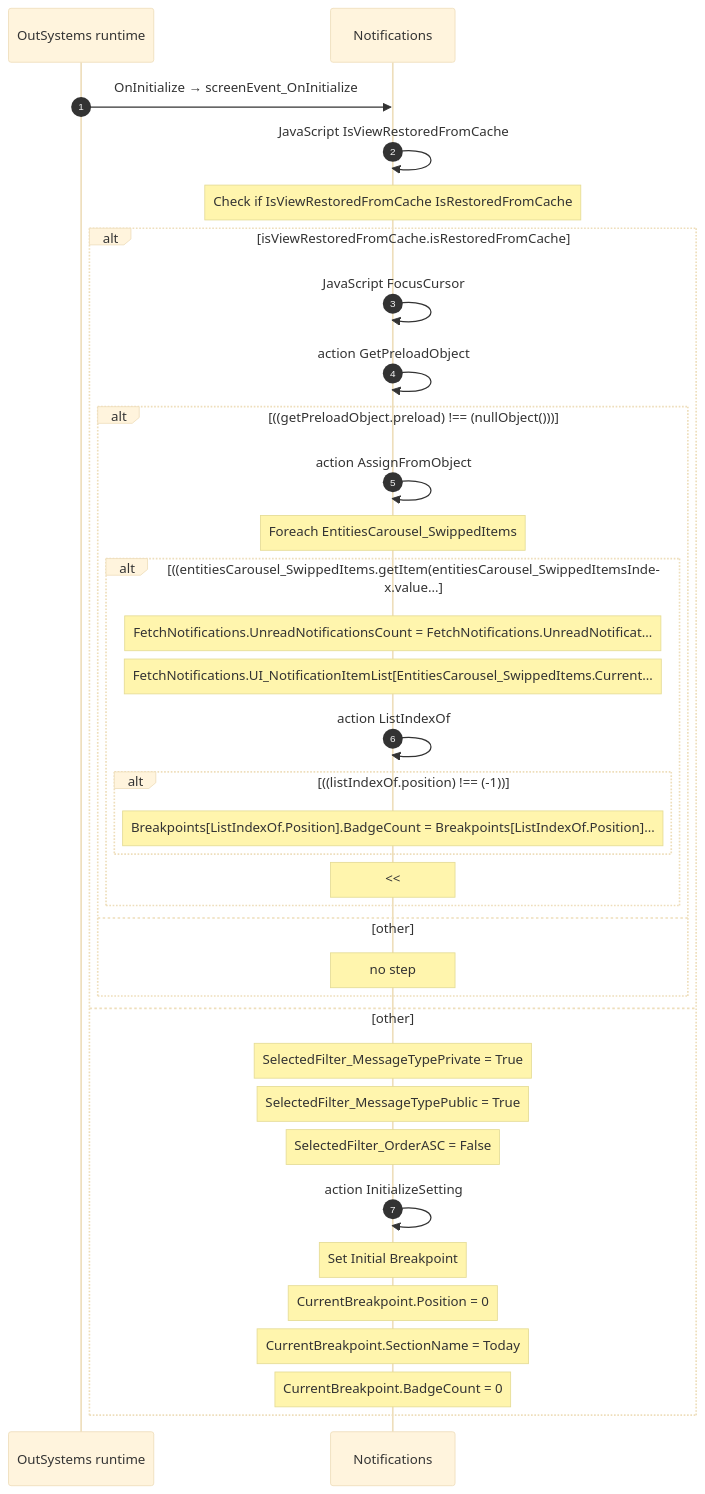
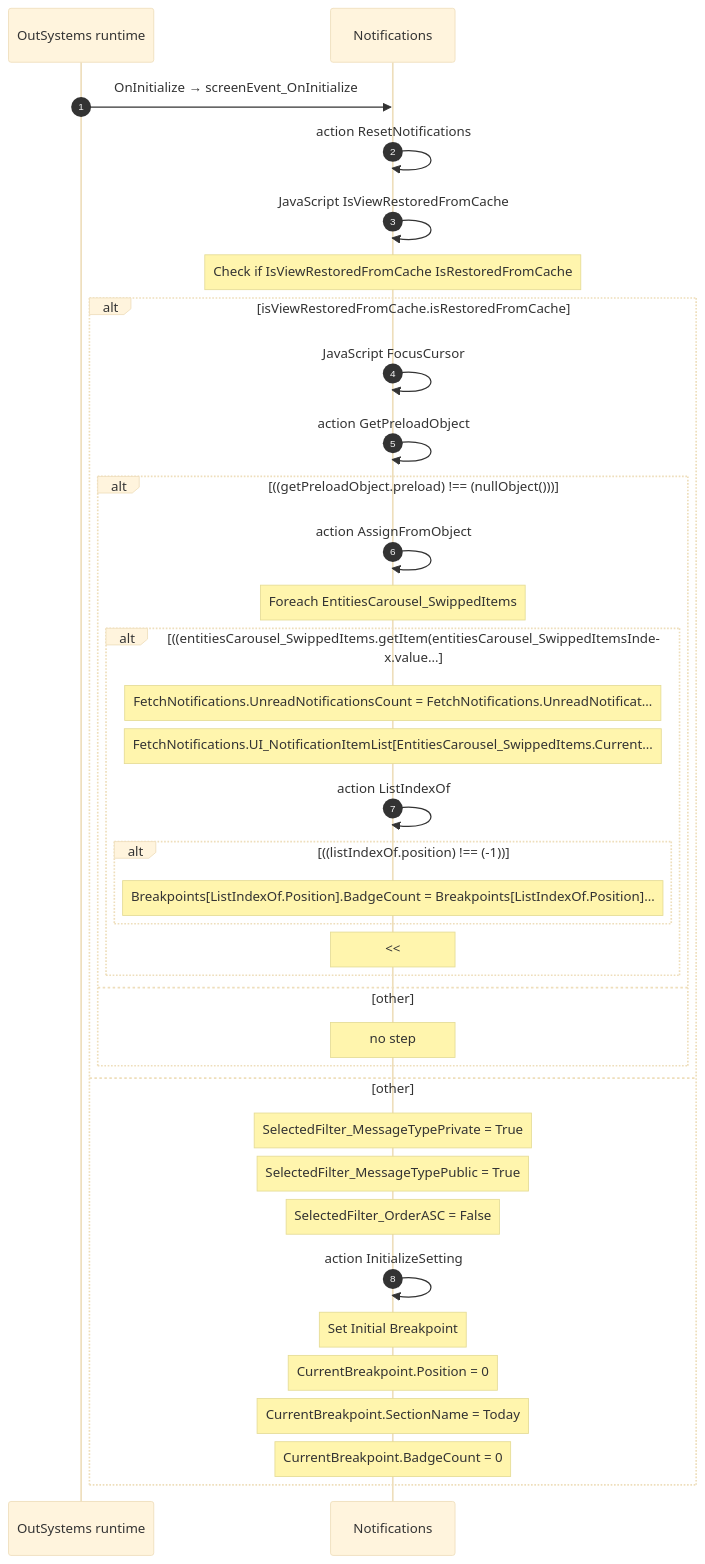
One commit to Phoenix-DX/connect-new-ui changed diagram 12 of 15 in route-actions/routes/Notifications.md. Above: the diagram before and after it, drawn with Mermaid (base theme). The commit also changed other lines of this file and 30 other files, not shown here.

````diff
--- a/route-actions/routes/Notifications.md
+++ b/route-actions/routes/Notifications.md
@@ -377,37 +371,38 @@
 ```mermaid
 sequenceDiagram
   autonumber
   participant R as OutSystems runtime
   participant B as Notifications
   R->>B: OnInitialize → screenEvent_OnInitialize
+  B->>B: action ResetNotifications
   B->>B: JavaScript IsViewRestoredFromCache
   Note over B: Check if IsViewRestoredFromCache IsRestoredFromCache
   alt isViewRestoredFromCache.isRestoredFromCache
     B->>B: JavaScript FocusCursor
     B->>B: action GetPreloadObject
     alt ((getPreloadObject.preload) !== (nullObject()))
       B->>B: action AssignFromObject
       Note over B: Foreach EntitiesCarousel_SwippedItems
       alt ((entitiesCarousel_SwippedItems.getItem(entitiesCarousel_SwippedItemsIndex.value…
         Note over B: FetchNotifications.UnreadNotificationsCount = FetchNotifications.UnreadNotificat…
         Note over B: FetchNotifications.UI_NotificationItemList[EntitiesCarousel_SwippedItems.Current…
         B->>B: action ListIndexOf
         alt ((listIndexOf.position) !== (-1))
           Note over B: Breakpoints[ListIndexOf.Position].BadgeCount = Breakpoints[ListIndexOf.Position]…
         end
         Note over B: <<
       end
     else other
       Note over B: no step
     end
   else other
     Note over B: SelectedFilter_MessageTypePrivate = True
     Note over B: SelectedFilter_MessageTypePublic = True
     Note over B: SelectedFilter_OrderASC = False
     B->>B: action InitializeSetting
     Note over B: Set Initial Breakpoint
     Note over B: CurrentBreakpoint.Position = 0
     Note over B: CurrentBreakpoint.SectionName = Today
     Note over B: CurrentBreakpoint.BadgeCount = 0
   end
 ```
````
